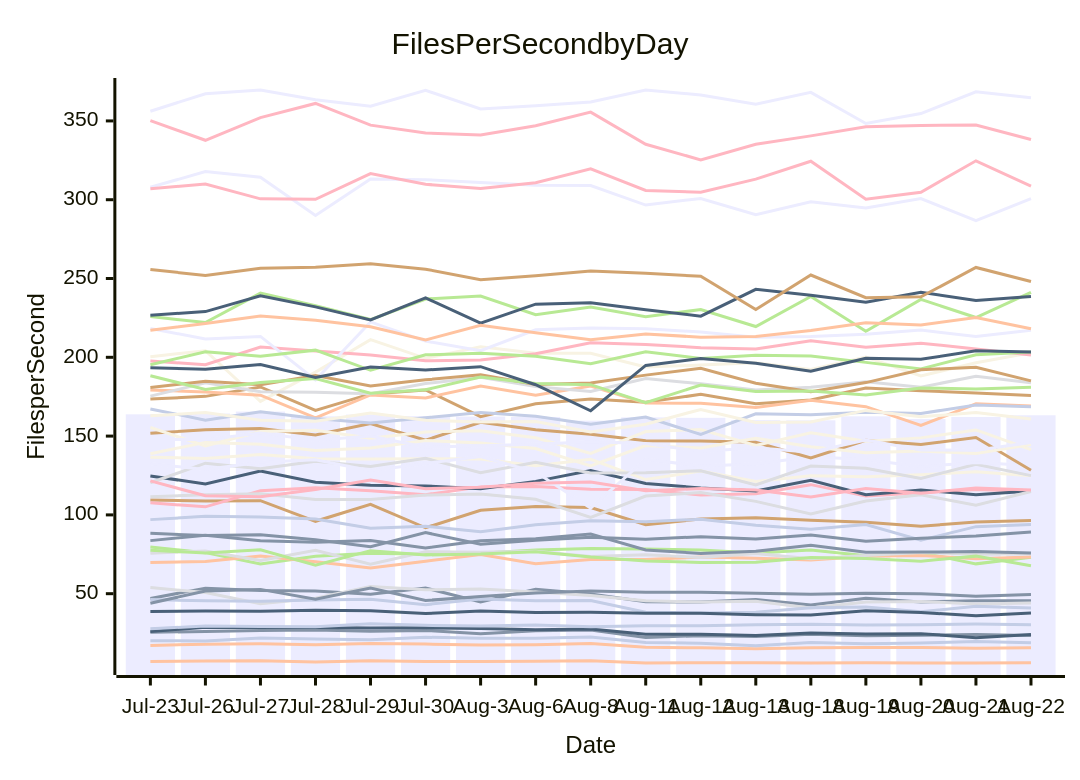
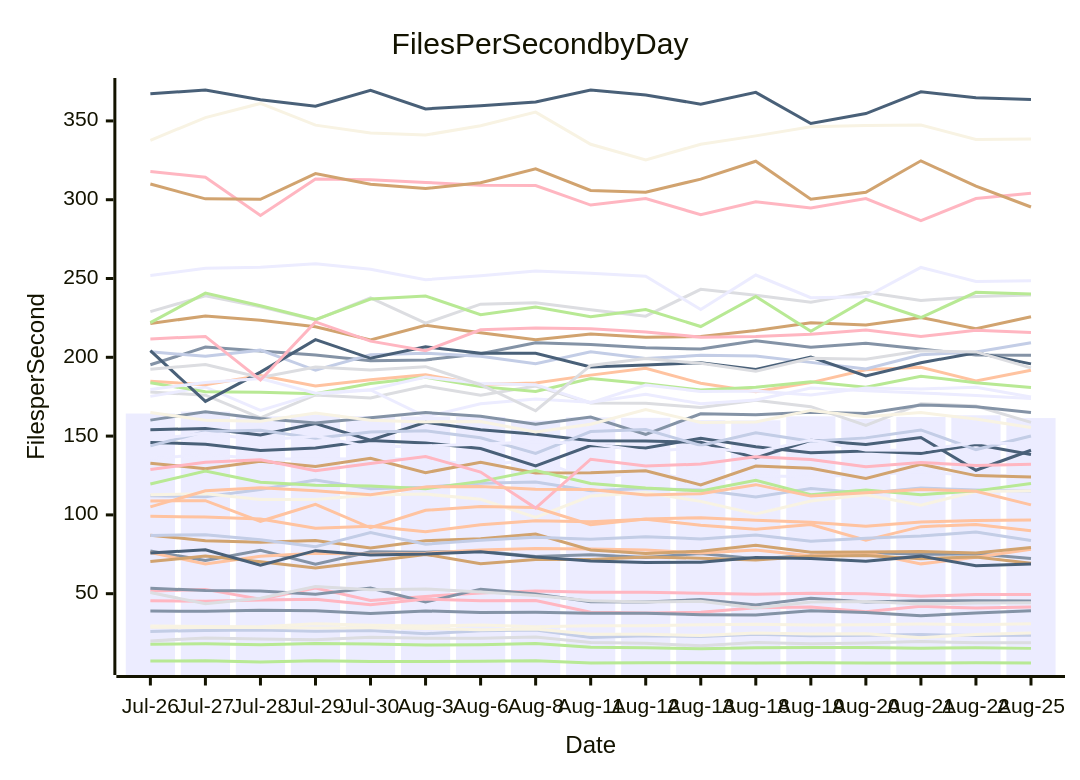
The diagram in perf-report.md (streetsidesoftware/cspell), drawn with Mermaid before and after one commit. The commit also changed other lines of this file and 1 other file, not shown here.

````diff
--- a/perf-report.md
+++ b/perf-report.md
@@ -10,57 +10,57 @@
 ```mermaid
 xychart-beta
     title Files Per Second by Day
     y-axis Files per Second
-    x-axis Date [Jul-23, Jul-26, Jul-27, Jul-28, Jul-29, Jul-30, Aug-3, Aug-6, Aug-8, Aug-11, Aug-12, Aug-13, Aug-18, Aug-19, Aug-20, Aug-21, Aug-22]
-    bar [163.82, 164.32, 165.56, 162.55, 163.67, 162.66, 162.42, 162.15, 159.78, 161.87, 161.59, 160.12, 160.00, 162.54, 160.82, 162.11, 163.20]
-    line [46.96, 53.48, 52.00, 51.65, 49.61, 53.65, 44.73, 52.88, 49.80, 44.85, 44.73, 46.28, 42.85, 47.12, 44.69, 45.57, 45.49]
-    line [17.20, 17.96, 18.17, 17.67, 18.43, 18.02, 17.45, 17.65, 18.37, 15.99, 15.64, 15.11, 15.67, 15.78, 15.86, 15.35, 15.70]
-    line [53.86, 50.78, 43.58, 47.06, 54.57, 52.43, 53.03, 51.13, 48.90, 45.53, 44.69, 45.18, 40.85, 44.70, 45.09, 43.47, 44.07]
-    line [79.56, 76.05, 68.90, 73.77, 75.65, 74.99, 75.71, 77.66, 78.66, 78.35, 77.65, 75.86, 77.65, 74.07, 76.09, 68.93, 73.13]
-    line [109.47, 108.84, 109.00, 95.94, 106.70, 91.83, 102.88, 105.40, 104.69, 93.74, 97.45, 98.22, 96.65, 95.35, 92.84, 95.49, 96.50]
-    line [46.24, 45.49, 45.13, 45.94, 46.54, 43.06, 46.57, 45.56, 45.66, 38.22, 37.79, 38.23, 41.09, 41.54, 38.59, 41.99, 40.85]
-    line [107.68, 105.10, 115.28, 117.30, 115.27, 112.83, 117.78, 117.94, 116.33, 116.04, 112.64, 113.43, 119.19, 111.93, 114.00, 116.17, 114.97]
-    line [124.69, 119.65, 127.83, 120.71, 118.86, 118.39, 116.67, 121.26, 128.17, 119.97, 117.10, 115.21, 121.90, 112.74, 115.76, 112.80, 115.24]
-    line [136.61, 135.79, 138.26, 135.57, 135.43, 135.66, 135.43, 131.19, 135.23, 122.44, 127.81, 121.17, 124.81, 124.18, 125.47, 127.40, 124.91]
-    line [307.91, 317.83, 314.26, 289.97, 313.11, 312.72, 310.96, 309.18, 308.97, 296.59, 300.81, 290.46, 298.69, 294.82, 300.68, 286.71, 300.74]
-    line [43.97, 51.67, 52.73, 46.52, 53.63, 45.66, 48.27, 50.39, 51.68, 50.89, 50.88, 50.22, 49.59, 50.25, 50.03, 48.40, 49.47]
-    line [69.86, 70.37, 73.91, 70.30, 66.36, 70.57, 74.92, 69.05, 71.64, 71.63, 73.23, 72.55, 71.44, 73.71, 74.27, 72.25, 73.30]
-    line [120.40, 132.81, 129.34, 133.97, 130.74, 135.91, 126.83, 133.33, 126.61, 126.72, 128.04, 119.05, 131.02, 129.61, 123.08, 132.18, 124.93]
-    line [225.84, 222.04, 240.74, 232.71, 223.95, 236.98, 238.93, 227.08, 231.94, 225.75, 230.29, 219.53, 238.65, 216.52, 236.75, 225.24, 241.21]
-    line [173.49, 175.22, 181.17, 166.29, 176.78, 179.24, 162.30, 170.51, 173.47, 171.46, 176.49, 170.50, 172.92, 180.52, 178.78, 177.41, 175.76]
-    line [97.00, 99.07, 98.61, 97.42, 91.49, 92.79, 89.32, 93.72, 96.32, 95.66, 97.25, 93.41, 90.83, 93.92, 83.91, 92.53, 93.93]
-    line [350.21, 337.72, 352.09, 361.09, 347.33, 342.33, 341.03, 346.90, 355.56, 335.17, 325.27, 335.20, 340.52, 346.23, 347.14, 347.41, 338.20]
-    line [38.75, 38.94, 38.82, 39.51, 39.23, 37.37, 39.03, 38.14, 38.18, 37.54, 37.60, 36.71, 36.51, 39.25, 38.04, 36.06, 37.72]
-    line [200.38, 204.18, 172.00, 190.59, 211.20, 199.37, 206.67, 202.54, 202.61, 193.89, 195.05, 196.60, 192.32, 200.16, 188.13, 196.57, 202.87]
-    line [132.41, 128.75, 133.45, 135.04, 127.98, 132.62, 137.05, 127.16, 104.34, 135.34, 130.97, 132.26, 136.82, 135.16, 130.52, 133.31, 131.34]
-    line [25.46, 26.08, 26.71, 26.98, 26.19, 26.72, 24.58, 26.54, 27.00, 22.24, 23.36, 22.81, 24.23, 23.27, 23.59, 24.08, 23.43]
-    line [6.94, 7.34, 7.37, 6.62, 7.52, 6.92, 6.91, 7.06, 7.47, 6.09, 6.22, 6.12, 6.05, 6.23, 6.09, 6.02, 6.19]
-    line [75.74, 77.07, 71.05, 77.49, 68.74, 76.65, 76.34, 76.92, 73.53, 74.78, 72.96, 75.57, 72.13, 74.31, 76.20, 74.98, 75.32]
-    line [77.55, 75.81, 77.91, 68.05, 77.31, 74.56, 75.13, 76.66, 73.32, 70.77, 69.86, 70.01, 73.04, 72.36, 70.62, 73.83, 67.67]
-    line [151.75, 154.10, 154.75, 150.75, 157.93, 147.43, 158.79, 154.00, 151.10, 147.11, 146.86, 146.10, 136.12, 147.29, 144.63, 149.12, 128.33]
-    line [20.15, 20.04, 21.91, 21.31, 20.80, 22.35, 21.72, 21.80, 22.54, 19.07, 18.54, 16.95, 19.10, 18.27, 18.74, 19.65, 18.80]
-    line [197.73, 195.25, 206.51, 204.03, 201.53, 197.81, 198.32, 202.22, 209.23, 208.13, 206.12, 205.21, 210.46, 206.31, 208.96, 205.28, 201.48]
-    line [26.08, 28.71, 28.53, 28.56, 28.21, 28.32, 27.98, 27.09, 27.59, 24.33, 24.19, 23.40, 25.07, 24.48, 24.64, 22.11, 24.14]
-    line [155.48, 143.79, 152.94, 153.75, 148.60, 152.63, 153.39, 148.93, 139.04, 152.86, 154.13, 144.07, 152.10, 146.68, 148.87, 153.90, 141.45]
-    line [218.25, 211.67, 213.25, 185.65, 222.45, 210.28, 204.15, 217.44, 218.55, 218.05, 216.13, 212.80, 213.27, 214.61, 217.28, 213.25, 217.17]
-    line [83.67, 87.12, 83.64, 82.58, 83.71, 79.08, 83.62, 84.88, 87.82, 77.70, 75.58, 76.94, 80.70, 76.26, 76.41, 76.73, 75.85]
-    line [179.23, 177.92, 175.97, 161.59, 176.09, 174.17, 181.77, 175.87, 181.75, 171.06, 170.80, 168.18, 172.80, 168.69, 156.73, 170.52, 169.10]
-    line [175.39, 183.80, 178.20, 177.82, 176.95, 183.37, 187.31, 181.39, 178.30, 186.48, 183.29, 179.27, 181.07, 184.49, 180.99, 187.99, 183.89]
-    line [195.30, 203.49, 200.63, 204.54, 191.76, 201.55, 202.60, 200.71, 195.89, 203.57, 199.20, 201.23, 200.81, 196.78, 192.62, 201.64, 203.42]
-    line [180.78, 184.81, 182.65, 188.37, 181.75, 185.70, 188.91, 182.68, 183.70, 188.70, 193.07, 183.50, 178.10, 183.95, 192.12, 193.67, 185.05]
-    line [27.77, 29.48, 29.26, 29.06, 30.88, 29.94, 29.48, 30.19, 29.03, 29.67, 29.60, 30.33, 30.62, 30.06, 30.32, 30.71, 30.33]
-    line [306.96, 309.97, 300.54, 300.28, 316.56, 309.78, 307.09, 310.74, 319.60, 305.87, 304.71, 313.08, 324.40, 300.37, 304.78, 324.68, 308.60]
-    line [226.70, 229.01, 239.01, 232.02, 223.69, 237.66, 221.63, 233.74, 234.59, 230.11, 226.13, 243.15, 239.31, 234.89, 241.23, 236.06, 238.56]
-    line [138.82, 146.01, 144.90, 140.82, 142.51, 147.27, 145.58, 142.12, 131.06, 143.98, 142.41, 148.62, 143.28, 139.37, 140.53, 139.04, 144.69]
-    line [356.16, 367.24, 369.57, 363.41, 359.37, 369.40, 357.63, 359.56, 362.02, 369.62, 366.45, 360.63, 368.14, 348.34, 354.65, 368.47, 364.63]
-    line [88.29, 86.90, 87.47, 84.26, 79.87, 88.81, 81.39, 83.97, 85.77, 84.48, 86.21, 84.78, 87.25, 83.34, 85.16, 86.61, 89.19]
-    line [217.24, 221.48, 226.19, 223.44, 219.34, 210.97, 220.37, 215.62, 211.22, 214.76, 212.79, 213.14, 217.00, 221.94, 220.45, 225.30, 218.11]
-    line [111.58, 112.75, 113.47, 109.84, 109.80, 112.55, 113.19, 109.88, 98.38, 112.00, 114.17, 108.57, 100.66, 108.77, 112.72, 106.20, 114.85]
-    line [188.32, 179.58, 184.08, 186.53, 177.20, 179.37, 187.46, 183.38, 182.66, 171.17, 182.41, 178.32, 178.57, 176.08, 180.57, 179.89, 180.99]
-    line [255.68, 251.95, 256.48, 257.08, 259.44, 255.93, 249.24, 251.79, 254.83, 253.26, 251.44, 230.32, 252.21, 237.84, 238.36, 257.03, 248.15]
-    line [167.25, 160.14, 165.42, 161.19, 158.31, 161.70, 164.91, 162.58, 157.48, 162.05, 151.08, 164.19, 163.52, 165.17, 164.35, 169.78, 168.65]
-    line [121.57, 112.16, 111.54, 116.14, 122.06, 116.65, 117.60, 120.09, 120.85, 115.35, 116.69, 115.74, 111.39, 116.78, 113.71, 117.01, 115.75]
-    line [193.41, 192.42, 195.47, 187.19, 193.79, 191.90, 194.07, 182.58, 166.07, 194.86, 199.17, 196.17, 191.14, 199.41, 198.71, 204.15, 203.44]
-    line [162.86, 164.94, 160.13, 159.49, 164.72, 159.99, 159.02, 159.32, 152.64, 157.58, 166.90, 158.63, 158.95, 166.31, 162.23, 164.91, 160.87]
-    line [147.86, 147.77, 151.94, 147.31, 150.10, 142.92, 143.82, 144.85, 146.35, 145.37, 140.27, 142.62, 139.83, 147.55, 141.21, 140.96, 145.89]
+    x-axis Date [Jul-26, Jul-27, Jul-28, Jul-29, Jul-30, Aug-3, Aug-6, Aug-8, Aug-11, Aug-12, Aug-13, Aug-18, Aug-19, Aug-20, Aug-21, Aug-22, Aug-25]
+    bar [164.32, 165.56, 162.55, 163.67, 162.66, 162.42, 162.15, 159.78, 161.87, 161.59, 160.12, 160.00, 162.54, 160.82, 162.11, 163.20, 161.44]
+    line [77.07, 71.05, 77.49, 68.74, 76.65, 76.34, 76.92, 73.53, 74.78, 72.96, 75.57, 72.13, 74.31, 76.20, 74.98, 75.32, 72.33]
+    line [76.05, 68.90, 73.77, 75.65, 74.99, 75.71, 77.66, 78.66, 78.35, 77.65, 75.86, 77.65, 74.07, 76.09, 68.93, 73.13, 78.22]
+    line [20.04, 21.91, 21.31, 20.80, 22.35, 21.72, 21.80, 22.54, 19.07, 18.54, 16.95, 19.10, 18.27, 18.74, 19.65, 18.80, 18.93]
+    line [17.96, 18.17, 17.67, 18.43, 18.02, 17.45, 17.65, 18.37, 15.99, 15.64, 15.11, 15.67, 15.78, 15.86, 15.35, 15.70, 15.30]
+    line [221.48, 226.19, 223.44, 219.34, 210.97, 220.37, 215.62, 211.22, 214.76, 212.79, 213.14, 217.00, 221.94, 220.45, 225.30, 218.11, 225.72]
+    line [26.08, 26.71, 26.98, 26.19, 26.72, 24.58, 26.54, 27.00, 22.24, 23.36, 22.81, 24.23, 23.27, 23.59, 24.08, 23.43, 23.65]
+    line [51.67, 52.73, 46.52, 53.63, 45.66, 48.27, 50.39, 51.68, 50.89, 50.88, 50.22, 49.59, 50.25, 50.03, 48.40, 49.47, 49.47]
+    line [154.10, 154.75, 150.75, 157.93, 147.43, 158.79, 154.00, 151.10, 147.11, 146.86, 146.10, 136.12, 147.29, 144.63, 149.12, 128.33, 141.03]
+    line [29.48, 29.26, 29.06, 30.88, 29.94, 29.48, 30.19, 29.03, 29.67, 29.60, 30.33, 30.62, 30.06, 30.32, 30.71, 30.33, 30.89]
+    line [135.79, 138.26, 135.57, 135.43, 135.66, 135.43, 131.19, 135.23, 122.44, 127.81, 121.17, 124.81, 124.18, 125.47, 127.40, 124.91, 125.16]
+    line [53.48, 52.00, 51.65, 49.61, 53.65, 44.73, 52.88, 49.80, 44.85, 44.73, 46.28, 42.85, 47.12, 44.69, 45.57, 45.49, 45.33]
+    line [99.07, 98.61, 97.42, 91.49, 92.79, 89.32, 93.72, 96.32, 95.66, 97.25, 93.41, 90.83, 93.92, 83.91, 92.53, 93.93, 90.00]
+    line [177.92, 175.97, 161.59, 176.09, 174.17, 181.77, 175.87, 181.75, 171.06, 170.80, 168.18, 172.80, 168.69, 156.73, 170.52, 169.10, 158.67]
+    line [7.34, 7.37, 6.62, 7.52, 6.92, 6.91, 7.06, 7.47, 6.09, 6.22, 6.12, 6.05, 6.23, 6.09, 6.02, 6.19, 6.04]
+    line [70.37, 73.91, 70.30, 66.36, 70.57, 74.92, 69.05, 71.64, 71.63, 73.23, 72.55, 71.44, 73.71, 74.27, 72.25, 73.30, 69.38]
+    line [112.16, 111.54, 116.14, 122.06, 116.65, 117.60, 120.09, 120.85, 115.35, 116.69, 115.74, 111.39, 116.78, 113.71, 117.01, 115.75, 115.11]
+    line [45.49, 45.13, 45.94, 46.54, 43.06, 46.57, 45.56, 45.66, 38.22, 37.79, 38.23, 41.09, 41.54, 38.59, 41.99, 40.85, 41.52]
+    line [75.81, 77.91, 68.05, 77.31, 74.56, 75.13, 76.66, 73.32, 70.77, 69.86, 70.01, 73.04, 72.36, 70.62, 73.83, 67.67, 68.77]
+    line [337.72, 352.09, 361.09, 347.33, 342.33, 341.03, 346.90, 355.56, 335.17, 325.27, 335.20, 340.52, 346.23, 347.14, 347.41, 338.20, 338.50]
+    line [175.22, 181.17, 166.29, 176.78, 179.24, 162.30, 170.51, 173.47, 171.46, 176.49, 170.50, 172.92, 180.52, 178.78, 177.41, 175.76, 173.84]
+    line [195.25, 206.51, 204.03, 201.53, 197.81, 198.32, 202.22, 209.23, 208.13, 206.12, 205.21, 210.46, 206.31, 208.96, 205.28, 201.48, 201.29]
+    line [184.81, 182.65, 188.37, 181.75, 185.70, 188.91, 182.68, 183.70, 188.70, 193.07, 183.50, 178.10, 183.95, 192.12, 193.67, 185.05, 191.81]
+    line [229.01, 239.01, 232.02, 223.69, 237.66, 221.63, 233.74, 234.59, 230.11, 226.13, 243.15, 239.31, 234.89, 241.23, 236.06, 238.56, 239.54]
+    line [183.80, 178.20, 177.82, 176.95, 183.37, 187.31, 181.39, 178.30, 186.48, 183.29, 179.27, 181.07, 184.49, 180.99, 187.99, 183.89, 180.81]
+    line [132.81, 129.34, 133.97, 130.74, 135.91, 126.83, 133.33, 126.61, 126.72, 128.04, 119.05, 131.02, 129.61, 123.08, 132.18, 124.93, 124.02]
+    line [203.49, 200.63, 204.54, 191.76, 201.55, 202.60, 200.71, 195.89, 203.57, 199.20, 201.23, 200.81, 196.78, 192.62, 201.64, 203.42, 209.29]
+    line [317.83, 314.26, 289.97, 313.11, 312.72, 310.96, 309.18, 308.97, 296.59, 300.81, 290.46, 298.69, 294.82, 300.68, 286.71, 300.74, 304.13]
+    line [146.01, 144.90, 140.82, 142.51, 147.27, 145.58, 142.12, 131.06, 143.98, 142.41, 148.62, 143.28, 139.37, 140.53, 139.04, 144.69, 138.34]
+    line [112.75, 113.47, 109.84, 109.80, 112.55, 113.19, 109.88, 98.38, 112.00, 114.17, 108.57, 100.66, 108.77, 112.72, 106.20, 114.85, 115.27]
+    line [251.95, 256.48, 257.08, 259.44, 255.93, 249.24, 251.79, 254.83, 253.26, 251.44, 230.32, 252.21, 237.84, 238.36, 257.03, 248.15, 248.50]
+    line [38.94, 38.82, 39.51, 39.23, 37.37, 39.03, 38.14, 38.18, 37.54, 37.60, 36.71, 36.51, 39.25, 38.04, 36.06, 37.72, 39.22]
+    line [108.84, 109.00, 95.94, 106.70, 91.83, 102.88, 105.40, 104.69, 93.74, 97.45, 98.22, 96.65, 95.35, 92.84, 95.49, 96.50, 96.69]
+    line [50.78, 43.58, 47.06, 54.57, 52.43, 53.03, 51.13, 48.90, 45.53, 44.69, 45.18, 40.85, 44.70, 45.09, 43.47, 44.07, 44.23]
+    line [119.65, 127.83, 120.71, 118.86, 118.39, 116.67, 121.26, 128.17, 119.97, 117.10, 115.21, 121.90, 112.74, 115.76, 112.80, 115.24, 119.94]
+    line [87.12, 83.64, 82.58, 83.71, 79.08, 83.62, 84.88, 87.82, 77.70, 75.58, 76.94, 80.70, 76.26, 76.41, 76.73, 75.85, 79.36]
+    line [86.90, 87.47, 84.26, 79.87, 88.81, 81.39, 83.97, 85.77, 84.48, 86.21, 84.78, 87.25, 83.34, 85.16, 86.61, 89.19, 83.78]
+    line [128.75, 133.45, 135.04, 127.98, 132.62, 137.05, 127.16, 104.34, 135.34, 130.97, 132.26, 136.82, 135.16, 130.52, 133.31, 131.34, 132.17]
+    line [204.18, 172.00, 190.59, 211.20, 199.37, 206.67, 202.54, 202.61, 193.89, 195.05, 196.60, 192.32, 200.16, 188.13, 196.57, 202.87, 195.84]
+    line [28.71, 28.53, 28.56, 28.21, 28.32, 27.98, 27.09, 27.59, 24.33, 24.19, 23.40, 25.07, 24.48, 24.64, 22.11, 24.14, 25.00]
+    line [179.58, 184.08, 186.53, 177.20, 179.37, 187.46, 183.38, 182.66, 171.17, 182.41, 178.32, 178.57, 176.08, 180.57, 179.89, 180.99, 174.82]
+    line [160.14, 165.42, 161.19, 158.31, 161.70, 164.91, 162.58, 157.48, 162.05, 151.08, 164.19, 163.52, 165.17, 164.35, 169.78, 168.65, 164.93]
+    line [105.10, 115.28, 117.30, 115.27, 112.83, 117.78, 117.94, 116.33, 116.04, 112.64, 113.43, 119.19, 111.93, 114.00, 116.17, 114.97, 106.35]
+    line [192.42, 195.47, 187.19, 193.79, 191.90, 194.07, 182.58, 166.07, 194.86, 199.17, 196.17, 191.14, 199.41, 198.71, 204.15, 203.44, 193.26]
+    line [222.04, 240.74, 232.71, 223.95, 236.98, 238.93, 227.08, 231.94, 225.75, 230.29, 219.53, 238.65, 216.52, 236.75, 225.24, 241.21, 240.22]
+    line [309.97, 300.54, 300.28, 316.56, 309.78, 307.09, 310.74, 319.60, 305.87, 304.71, 313.08, 324.40, 300.37, 304.78, 324.68, 308.60, 295.37]
+    line [143.79, 152.94, 153.75, 148.60, 152.63, 153.39, 148.93, 139.04, 152.86, 154.13, 144.07, 152.10, 146.68, 148.87, 153.90, 141.45, 150.09]
+    line [211.67, 213.25, 185.65, 222.45, 210.28, 204.15, 217.44, 218.55, 218.05, 216.13, 212.80, 213.27, 214.61, 217.28, 213.25, 217.17, 215.79]
+    line [367.24, 369.57, 363.41, 359.37, 369.40, 357.63, 359.56, 362.02, 369.62, 366.45, 360.63, 368.14, 348.34, 354.65, 368.47, 364.63, 363.52]
+    line [164.94, 160.13, 159.49, 164.72, 159.99, 159.02, 159.32, 152.64, 157.58, 166.90, 158.63, 158.95, 166.31, 162.23, 164.91, 160.87, 155.46]
+    line [147.77, 151.94, 147.31, 150.10, 142.92, 143.82, 144.85, 146.35, 145.37, 140.27, 142.62, 139.83, 147.55, 141.21, 140.96, 145.89, 144.87]
 ```
````
